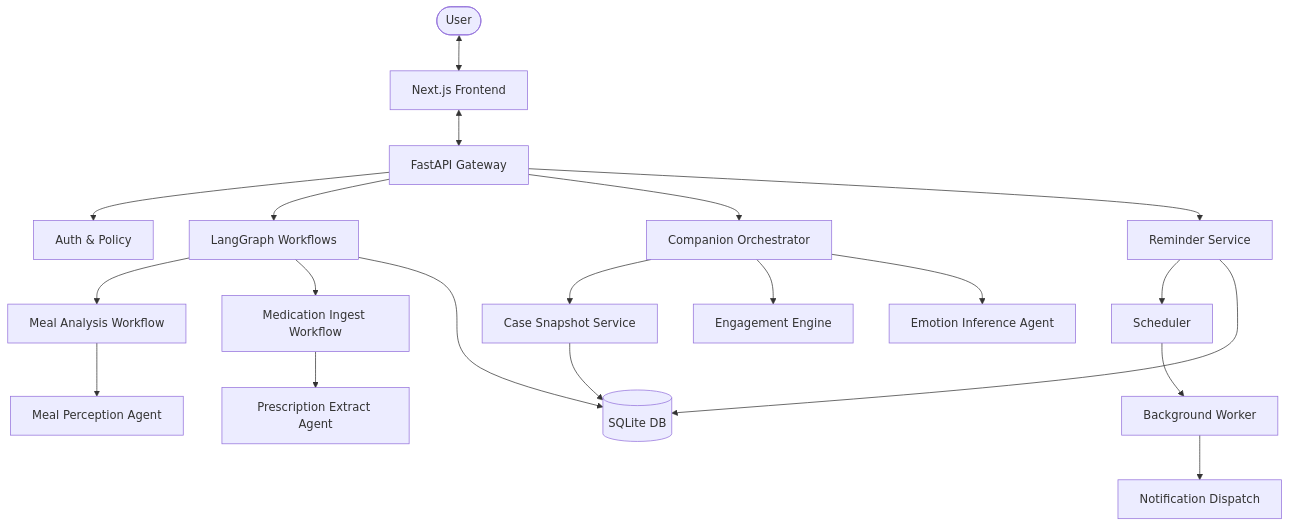
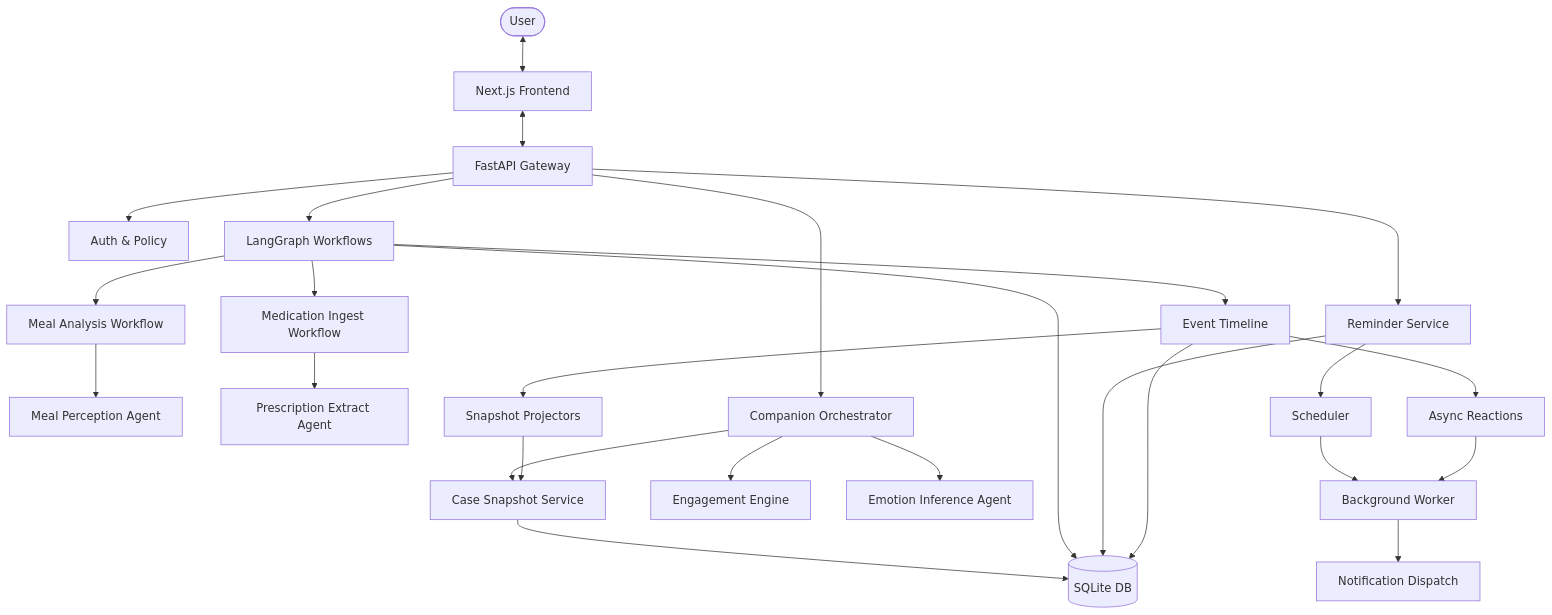
Before and after one commit to Fpengz/CarePilot: the first of 2 diagrams in docs/system_architecture.md, drawn with Mermaid. The commit also changed other lines of this file and 14 other files, not shown here.

Commit message:
docs(refactor): update architecture and system documentation

````diff
--- a/docs/system_architecture.md
+++ b/docs/system_architecture.md
@@ -18,28 +20,35 @@
 ```mermaid
 flowchart TD
     User([User]) <--> Web[Next.js Frontend]
     Web <--> API[FastAPI Gateway]
     
     API --> Auth[Auth & Policy]
     API --> Workflow[LangGraph Workflows]
     
     Workflow --> MealFlow[Meal Analysis Workflow]
     Workflow --> MedFlow[Medication Ingest Workflow]
     
     MealFlow --> MealAgent[Meal Perception Agent]
     MedFlow --> MedAgent[Prescription Extract Agent]
     
     API --> CompService[Companion Orchestrator]
     CompService --> Snapshot[Case Snapshot Service]
     CompService --> Engage[Engagement Engine]
     CompService --> Emotion[Emotion Inference Agent]
     
     API --> Remind[Reminder Service]
     Remind --> Scheduler[Scheduler]
     Scheduler --> Worker[Background Worker]
     Worker --> Notif[Notification Dispatch]
+
+    Workflow --> Timeline[Event Timeline]
+    Timeline --> Projectors[Snapshot Projectors]
+    Projectors --> Snapshot
+    Timeline --> Reactions[Async Reactions]
+    Reactions --> Worker
     
     Snapshot --> DB[(SQLite DB)]
     Workflow --> DB
     Remind --> DB
+    Timeline --> DB
 ```
````
